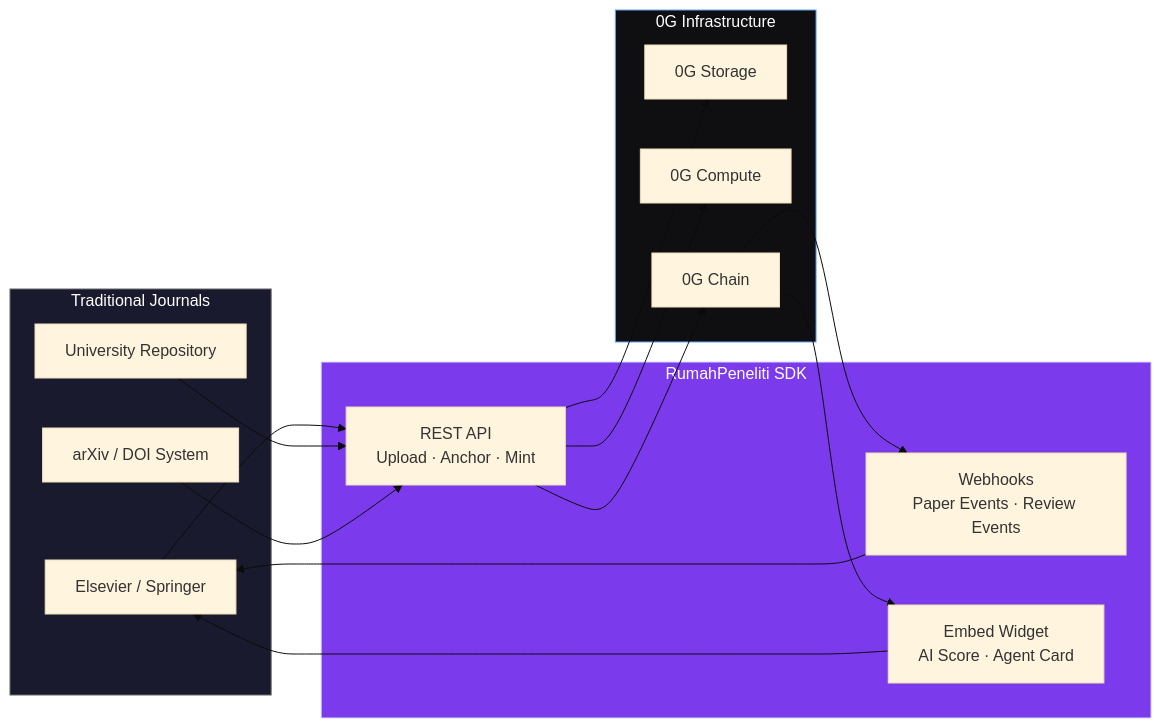
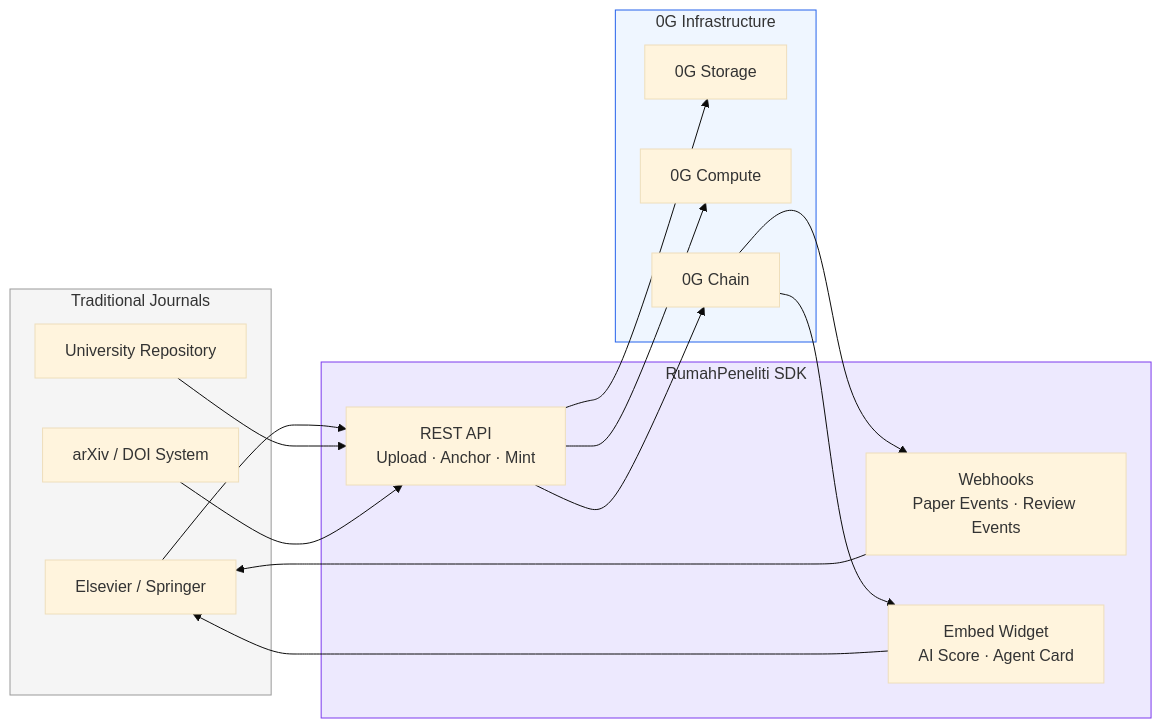
One commit to dwlpra/rumah-peneliti changed the fifth of 5 diagrams in README.md. Above: the diagram before and after it, drawn with Mermaid (base theme). The commit also changed other lines of this file, not shown here.

Commit message:
docs: mermaid diagrams — light theme colors for readability

````diff
--- a/README.md
+++ b/README.md
@@ -674,35 +674,35 @@
 ```mermaid
 flowchart LR
     subgraph Centralized["Traditional Journals"]
         J1["Elsevier / Springer"]
         J2["University Repository"]
         J3["arXiv / DOI System"]
     end
 
     subgraph SDK["RumahPeneliti SDK"]
         API["REST API<br/>Upload · Anchor · Mint"]
         Hook["Webhooks<br/>Paper Events · Review Events"]
         Widget["Embed Widget<br/>AI Score · Agent Card"]
     end
 
     subgraph Decentralized["0G Infrastructure"]
         S["0G Storage"]
         C["0G Compute"]
         CH["0G Chain"]
     end
 
     J1 --> API
     J2 --> API
     J3 --> API
     API --> S
     API --> C
     API --> CH
     CH --> Hook
     Hook --> J1
     CH --> Widget
     Widget --> J1
 
-    style SDK fill:#7c3aed,color:#fff
-    style Centralized fill:#1a1a2e,stroke:#666,color:#fff
-    style Decentralized fill:#0f0f12,stroke:#60a5fa,color:#fff
+    style SDK fill:#ede9fe,stroke:#7c3aed,color:#333
+    style Centralized fill:#f5f5f5,stroke:#999,color:#333
+    style Decentralized fill:#eff6ff,stroke:#2563eb,color:#333
 ```
````
